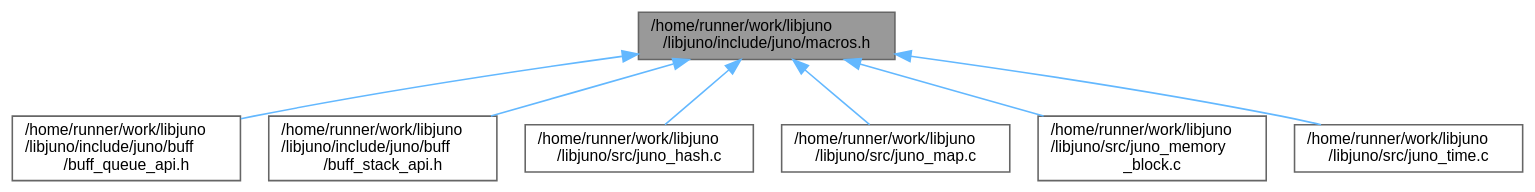
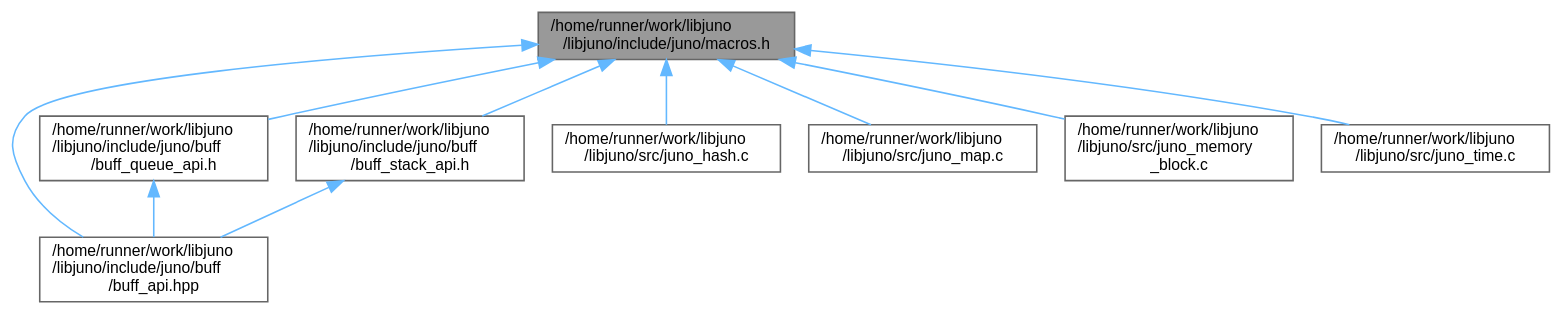
The diagram in macros_8h__dep__incl.dot (robinonsay/libjuno), drawn with Graphviz before and after one commit. The commit also changed 63 other files, not shown here.

```diff
--- a/macros_8h__dep__incl.dot
+++ b/macros_8h__dep__incl.dot
@@ -1,20 +1,24 @@
 digraph "/home/runner/work/libjuno/libjuno/include/juno/macros.h"
 {
  // LATEX_PDF_SIZE
   bgcolor="transparent";
   edge [fontname=Helvetica,fontsize=10,labelfontname=Helvetica,labelfontsize=10];
   node [fontname=Helvetica,fontsize=10,shape=box,height=0.2,width=0.4];
   Node1 [id="Node000001",label="/home/runner/work/libjuno\l/libjuno/include/juno/macros.h",height=0.2,width=0.4,color="gray40", fillcolor="grey60", style="filled", fontcolor="black",tooltip=" "];
   Node1 -> Node2 [id="edge1_Node000001_Node000002",dir="back",color="steelblue1",style="solid",tooltip=" "];
-  Node2 [id="Node000002",label="/home/runner/work/libjuno\l/libjuno/include/juno/buff\l/buff_queue_api.h",height=0.2,width=0.4,color="grey40", fillcolor="white", style="filled",URL="$buff__queue__api_8h.html",tooltip=" "];
+  Node2 [id="Node000002",label="/home/runner/work/libjuno\l/libjuno/include/juno/buff\l/buff_api.hpp",height=0.2,width=0.4,color="grey40", fillcolor="white", style="filled",URL="$buff__api_8hpp.html",tooltip=" "];
   Node1 -> Node3 [id="edge2_Node000001_Node000003",dir="back",color="steelblue1",style="solid",tooltip=" "];
-  Node3 [id="Node000003",label="/home/runner/work/libjuno\l/libjuno/include/juno/buff\l/buff_stack_api.h",height=0.2,width=0.4,color="grey40", fillcolor="white", style="filled",URL="$buff__stack__api_8h.html",tooltip=" "];
-  Node1 -> Node4 [id="edge3_Node000001_Node000004",dir="back",color="steelblue1",style="solid",tooltip=" "];
-  Node4 [id="Node000004",label="/home/runner/work/libjuno\l/libjuno/src/juno_hash.c",height=0.2,width=0.4,color="grey40", fillcolor="white", style="filled",URL="$juno__hash_8c.html",tooltip=" "];
-  Node1 -> Node5 [id="edge4_Node000001_Node000005",dir="back",color="steelblue1",style="solid",tooltip=" "];
-  Node5 [id="Node000005",label="/home/runner/work/libjuno\l/libjuno/src/juno_map.c",height=0.2,width=0.4,color="grey40", fillcolor="white", style="filled",URL="$juno__map_8c.html",tooltip=" "];
-  Node1 -> Node6 [id="edge5_Node000001_Node000006",dir="back",color="steelblue1",style="solid",tooltip=" "];
-  Node6 [id="Node000006",label="/home/runner/work/libjuno\l/libjuno/src/juno_memory\l_block.c",height=0.2,width=0.4,color="grey40", fillcolor="white", style="filled",URL="$juno__memory__block_8c.html",tooltip=" "];
-  Node1 -> Node7 [id="edge6_Node000001_Node000007",dir="back",color="steelblue1",style="solid",tooltip=" "];
-  Node7 [id="Node000007",label="/home/runner/work/libjuno\l/libjuno/src/juno_time.c",height=0.2,width=0.4,color="grey40", fillcolor="white", style="filled",URL="$juno__time_8c.html",tooltip=" "];
+  Node3 [id="Node000003",label="/home/runner/work/libjuno\l/libjuno/include/juno/buff\l/buff_queue_api.h",height=0.2,width=0.4,color="grey40", fillcolor="white", style="filled",URL="$buff__queue__api_8h.html",tooltip=" "];
+  Node3 -> Node2 [id="edge3_Node000003_Node000002",dir="back",color="steelblue1",style="solid",tooltip=" "];
+  Node1 -> Node4 [id="edge4_Node000001_Node000004",dir="back",color="steelblue1",style="solid",tooltip=" "];
+  Node4 [id="Node000004",label="/home/runner/work/libjuno\l/libjuno/include/juno/buff\l/buff_stack_api.h",height=0.2,width=0.4,color="grey40", fillcolor="white", style="filled",URL="$buff__stack__api_8h.html",tooltip=" "];
+  Node4 -> Node2 [id="edge5_Node000004_Node000002",dir="back",color="steelblue1",style="solid",tooltip=" "];
+  Node1 -> Node5 [id="edge6_Node000001_Node000005",dir="back",color="steelblue1",style="solid",tooltip=" "];
+  Node5 [id="Node000005",label="/home/runner/work/libjuno\l/libjuno/src/juno_hash.c",height=0.2,width=0.4,color="grey40", fillcolor="white", style="filled",URL="$juno__hash_8c.html",tooltip=" "];
+  Node1 -> Node6 [id="edge7_Node000001_Node000006",dir="back",color="steelblue1",style="solid",tooltip=" "];
+  Node6 [id="Node000006",label="/home/runner/work/libjuno\l/libjuno/src/juno_map.c",height=0.2,width=0.4,color="grey40", fillcolor="white", style="filled",URL="$juno__map_8c.html",tooltip=" "];
+  Node1 -> Node7 [id="edge8_Node000001_Node000007",dir="back",color="steelblue1",style="solid",tooltip=" "];
+  Node7 [id="Node000007",label="/home/runner/work/libjuno\l/libjuno/src/juno_memory\l_block.c",height=0.2,width=0.4,color="grey40", fillcolor="white", style="filled",URL="$juno__memory__block_8c.html",tooltip=" "];
+  Node1 -> Node8 [id="edge9_Node000001_Node000008",dir="back",color="steelblue1",style="solid",tooltip=" "];
+  Node8 [id="Node000008",label="/home/runner/work/libjuno\l/libjuno/src/juno_time.c",height=0.2,width=0.4,color="grey40", fillcolor="white", style="filled",URL="$juno__time_8c.html",tooltip=" "];
 }
```
